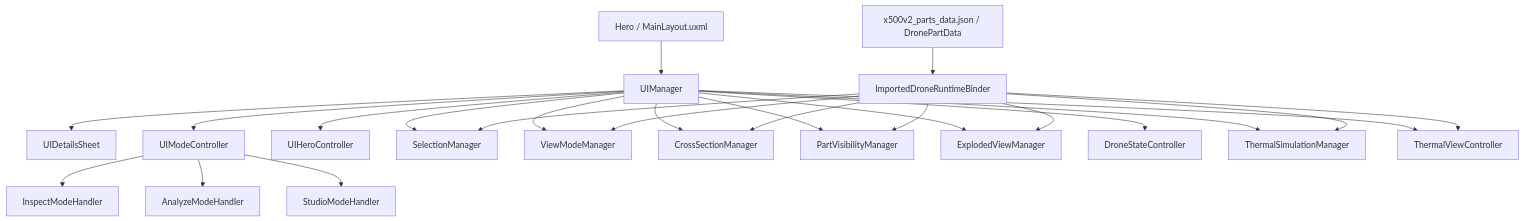
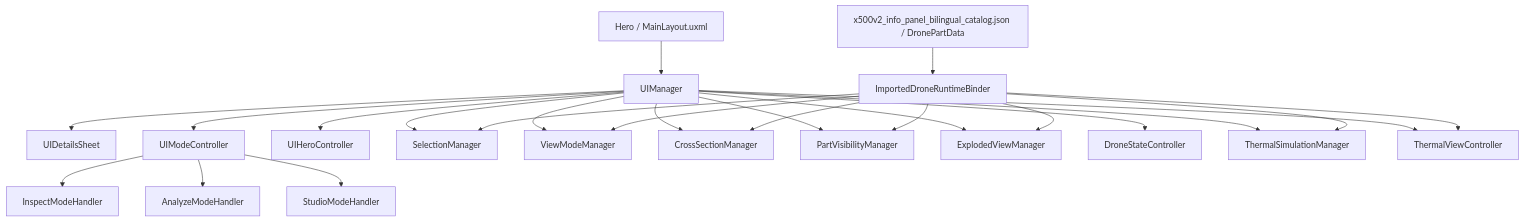
The diagram in Informe_final/Desarrollo_App/Documentacion_Tecnica/01_Arquitectura_del_Sistema.md (delarge95/WebGL-Thesis-Proposal), drawn with Mermaid before and after one commit. The commit also changed other lines of this file and 23 other files, not shown here.

````diff
--- a/Informe_final/Desarrollo_App/Documentacion_Tecnica/01_Arquitectura_del_Sistema.md
+++ b/Informe_final/Desarrollo_App/Documentacion_Tecnica/01_Arquitectura_del_Sistema.md
@@ -48,26 +49,26 @@
 ```mermaid
 flowchart TD
     A["Hero / MainLayout.uxml"] --> B["UIManager"]
     B --> C["UIDetailsSheet"]
     B --> D["UIModeController"]
     B --> E["UIHeroController"]
     D --> F["InspectModeHandler"]
     D --> G["AnalyzeModeHandler"]
     D --> H["StudioModeHandler"]
     B --> I["SelectionManager"]
     B --> J["ViewModeManager"]
     B --> K["CrossSectionManager"]
     B --> L["PartVisibilityManager"]
     B --> M["ExplodedViewManager"]
     B --> N["DroneStateController"]
     B --> O["ThermalSimulationManager"]
     B --> P["ThermalViewController"]
     Q["ImportedDroneRuntimeBinder"] --> I
     Q --> J
     Q --> K
     Q --> L
     Q --> M
     Q --> O
     Q --> P
-    R["x500v2_parts_data.json / DronePartData"] --> Q
+    R["x500v2_info_panel_bilingual_catalog.json / DronePartData"] --> Q
 ```
````
